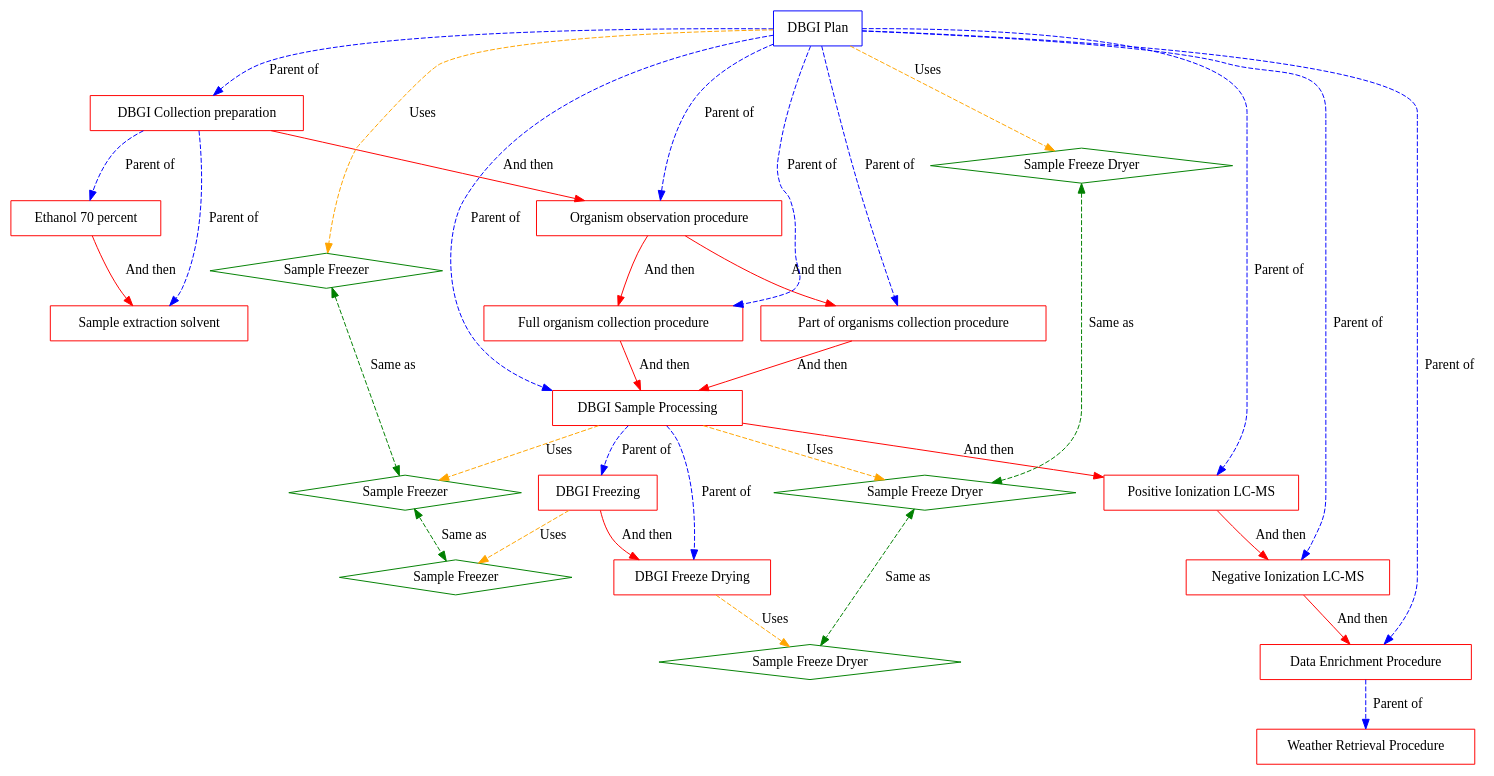
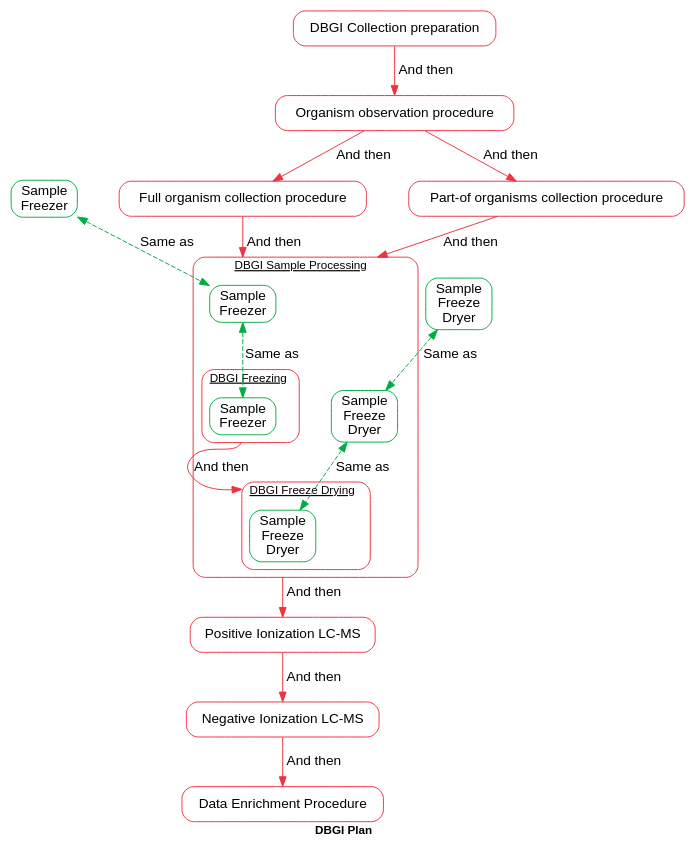
The diagram in data_migrations/init_migration/test_init_migration.dot (earth-metabolome-initiative/emi-monorepo), drawn with Graphviz before and after one commit. The commit also changed 2 other files, not shown here.

```diff
--- a/data_migrations/init_migration/test_init_migration.dot
+++ b/data_migrations/init_migration/test_init_migration.dot
@@ -1,55 +1,55 @@
 digraph G {
-    P2 [label="DBGI Collection preparation", shape=box, color=red];
-    P3 [label="Ethanol 70 percent", shape=box, color=red];
-    P4 [label="Sample extraction solvent", shape=box, color=red];
-    P5 [label="DBGI Sample Processing", shape=box, color=red];
-    P6 [label="DBGI Freezing", shape=box, color=red];
-    P7 [label="DBGI Freeze Drying", shape=box, color=red];
-    P8 [label="Positive Ionization LC-MS", shape=box, color=red];
-    P9 [label="Negative Ionization LC-MS", shape=box, color=red];
-    P10 [label="Organism observation procedure", shape=box, color=red];
-    P11 [label="Full organism collection procedure", shape=box, color=red];
-    P12 [label="Part of organisms collection procedure", shape=box, color=red];
-    P13 [label="Data Enrichment Procedure", shape=box, color=red];
-    P14 [label="Weather Retrieval Procedure", shape=box, color=red];
-    P1 [label="DBGI Plan", shape=box, color=blue];
-    T1 [label="Sample Freezer", shape=diamond, color=green];
-    T2 [label="Sample Freeze Dryer", shape=diamond, color=green];
-    T3 [label="Sample Freezer", shape=diamond, color=green];
-    T4 [label="Sample Freeze Dryer", shape=diamond, color=green];
-    T5 [label="Sample Freezer", shape=diamond, color=green];
-    T6 [label="Sample Freeze Dryer", shape=diamond, color=green];
-    P1 -> P2 [style=dashed, color=blue, label="Parent of"];
-    P1 -> P5 [style=dashed, color=blue, label="Parent of"];
-    P1 -> P8 [style=dashed, color=blue, label="Parent of"];
-    P1 -> P9 [style=dashed, color=blue, label="Parent of"];
-    P1 -> P10 [style=dashed, color=blue, label="Parent of"];
-    P1 -> P11 [style=dashed, color=blue, label="Parent of"];
-    P1 -> P12 [style=dashed, color=blue, label="Parent of"];
-    P1 -> P13 [style=dashed, color=blue, label="Parent of"];
-    P2 -> P3 [style=dashed, color=blue, label="Parent of"];
-    P2 -> P4 [style=dashed, color=blue, label="Parent of"];
-    P5 -> P6 [style=dashed, color=blue, label="Parent of"];
-    P5 -> P7 [style=dashed, color=blue, label="Parent of"];
-    P13 -> P14 [style=dashed, color=blue, label="Parent of"];
-    P2 -> P10 [color=red, label="And then"];
-    P5 -> P8 [color=red, label="And then"];
-    P8 -> P9 [color=red, label="And then"];
-    P9 -> P13 [color=red, label="And then"];
-    P10 -> P11 [color=red, label="And then"];
-    P10 -> P12 [color=red, label="And then"];
-    P11 -> P5 [color=red, label="And then"];
-    P12 -> P5 [color=red, label="And then"];
-    P3 -> P4 [color=red, label="And then"];
-    P6 -> P7 [color=red, label="And then"];
-    P6 -> T1 [style=dashed, color=orange, label="Uses"];
-    P7 -> T2 [style=dashed, color=orange, label="Uses"];
-    P5 -> T3 [style=dashed, color=orange, label="Uses"];
-    P5 -> T4 [style=dashed, color=orange, label="Uses"];
-    P1 -> T5 [style=dashed, color=orange, label="Uses"];
-    P1 -> T6 [style=dashed, color=orange, label="Uses"];
-    T3 -> T1 [dir=both, style=dashed, color=green, label="Same as"];
-    T4 -> T2 [dir=both, style=dashed, color=green, label="Same as"];
-    T5 -> T3 [dir=both, style=dashed, color=green, label="Same as"];
-    T6 -> T4 [dir=both, style=dashed, color=green, label="Same as"];
+	graph [
+		label=<<B>DBGI Plan</B>>,
+		fontname="Helvetica",
+		fontsize=12,
+		bgcolor=white,
+		splines=true,
+		nodesep=0.6,
+		concentrate=true,
+		compound=true,
+	];
+	node [style=rounded, fontname="Helvetica"];
+	edge [fontname="Helvetica"];
+    T5 [label="Sample\nFreezer", shape=box, color="#00ad43"];
+    T6 [label="Sample\nFreeze\nDryer", shape=box, color="#00ad43"];
+    T5 -> T3 [dir=both, style=dashed, color="#00ad43", label="Same as"];
+    T6 -> T4 [dir=both, style=dashed, color="#00ad43", label="Same as"];
+    P2 [label="DBGI Collection preparation", shape=box, color="#EF3340"];
+subgraph cluster__1 {
+	label=<<U>DBGI Sample Processing</U>>;
+	style="rounded";
+	color="#EF3340";
+    T3 [label="Sample\nFreezer", shape=box, color="#00ad43"];
+    T4 [label="Sample\nFreeze\nDryer", shape=box, color="#00ad43"];
+    T3 -> T1 [dir=both, style=dashed, color="#00ad43", label="Same as"];
+    T4 -> T2 [dir=both, style=dashed, color="#00ad43", label="Same as"];
+subgraph cluster__1_0 {
+	label=<<U>DBGI Freezing</U>>;
+	style="rounded";
+	color="#EF3340";
+    T1 [label="Sample\nFreezer", shape=box, color="#00ad43"];
 }
+subgraph cluster__1_1 {
+	label=<<U>DBGI Freeze Drying</U>>;
+	style="rounded";
+	color="#EF3340";
+    T2 [label="Sample\nFreeze\nDryer", shape=box, color="#00ad43"];
+}
+    T1:s -> T2:n [label="And then", color="#EF3340", ltail=cluster__1_0, lhead=cluster__1_1];
+}
+    P8 [label="Positive Ionization LC-MS", shape=box, color="#EF3340"];
+    P9 [label="Negative Ionization LC-MS", shape=box, color="#EF3340"];
+    P10 [label="Organism observation procedure", shape=box, color="#EF3340"];
+    P11 [label="Full organism collection procedure", shape=box, color="#EF3340"];
+    P12 [label="Part-of organisms collection procedure", shape=box, color="#EF3340"];
+    P13 [label="Data Enrichment Procedure", shape=box, color="#EF3340"];
+    P2 -> P10 [label="And then", color="#EF3340"];
+    T2 -> P8 [label="And then", color="#EF3340", ltail=cluster__1];
+    P8 -> P9 [label="And then", color="#EF3340"];
+    P9 -> P13 [label="And then", color="#EF3340"];
+    P10 -> P11 [label="And then", color="#EF3340"];
+    P10 -> P12 [label="And then", color="#EF3340"];
+    P11 -> T3 [label="And then", color="#EF3340", lhead=cluster__1];
+    P12 -> T3 [label="And then", color="#EF3340", lhead=cluster__1];
+}
```
